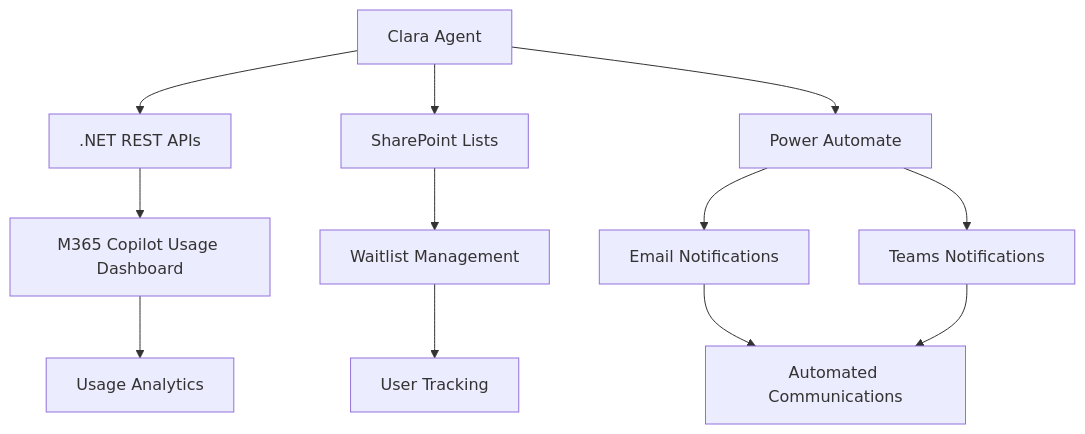
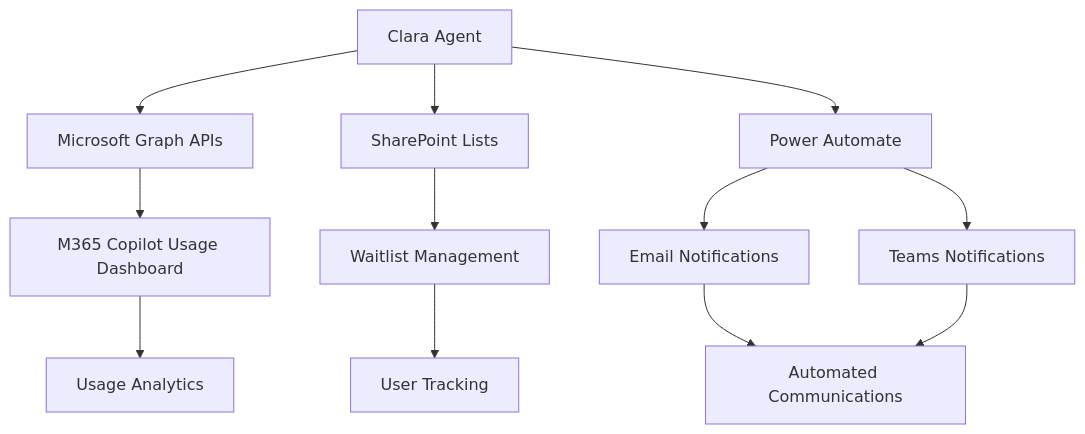
One commit to luishdemetrio/clara-copilot-agent changed the diagram in readme.md. Above: the diagram before and after it, drawn with Mermaid.

````diff
--- a/readme.md
+++ b/readme.md
@@ -46,16 +46,16 @@
 ```mermaid
 graph TB
-    A[Clara Agent] --> B[.NET REST APIs]
+    A[Clara Agent] --> B[Microsoft Graph APIs]
     A --> C[SharePoint Lists]
     A --> D[Power Automate]
     
     B --> E[M365 Copilot Usage Dashboard]
     C --> F[Waitlist Management]
     D --> G[Email Notifications]
     D --> L[Teams Notifications]
     
     E --> H[Usage Analytics]
     F --> I[User Tracking]
     G --> J[Automated Communications]
     L --> J[Automated Communications]
 ```
````
